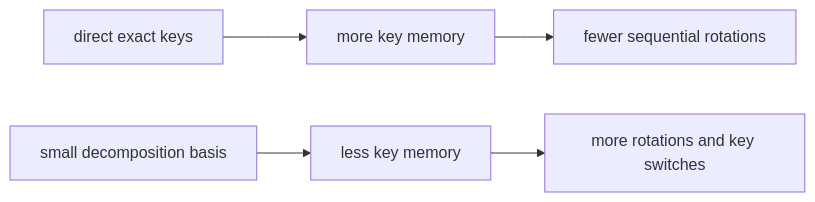
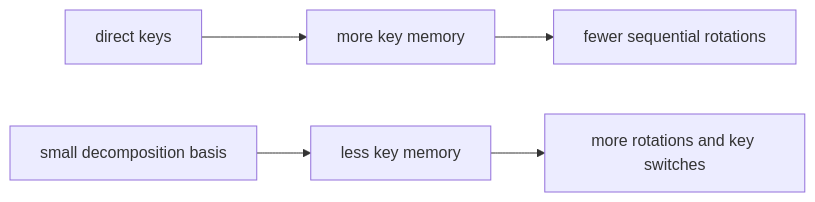
One commit to visualDust/fhelium changed the third of 3 diagrams in docs/concepts/ckks/key-lifecycle.md. Above: the diagram before and after it, drawn with Mermaid. The commit also changed other lines of this file and 222 other files, not shown here.

````diff
--- a/docs/concepts/ckks/key-lifecycle.md
+++ b/docs/concepts/ckks/key-lifecycle.md
@@ -81,12 +81,12 @@
 ```mermaid
 flowchart LR
-    DIRECT["direct exact keys"]
+    DIRECT["direct keys"]
     DIRECT_MEMORY["more key memory"]
     DIRECT_ROTATIONS["fewer sequential rotations"]
     BASIS["small decomposition basis"]
     BASIS_MEMORY["less key memory"]
     BASIS_ROTATIONS["more rotations and key switches"]
 
     DIRECT --> DIRECT_MEMORY --> DIRECT_ROTATIONS
     BASIS --> BASIS_MEMORY --> BASIS_ROTATIONS
 ```
````
